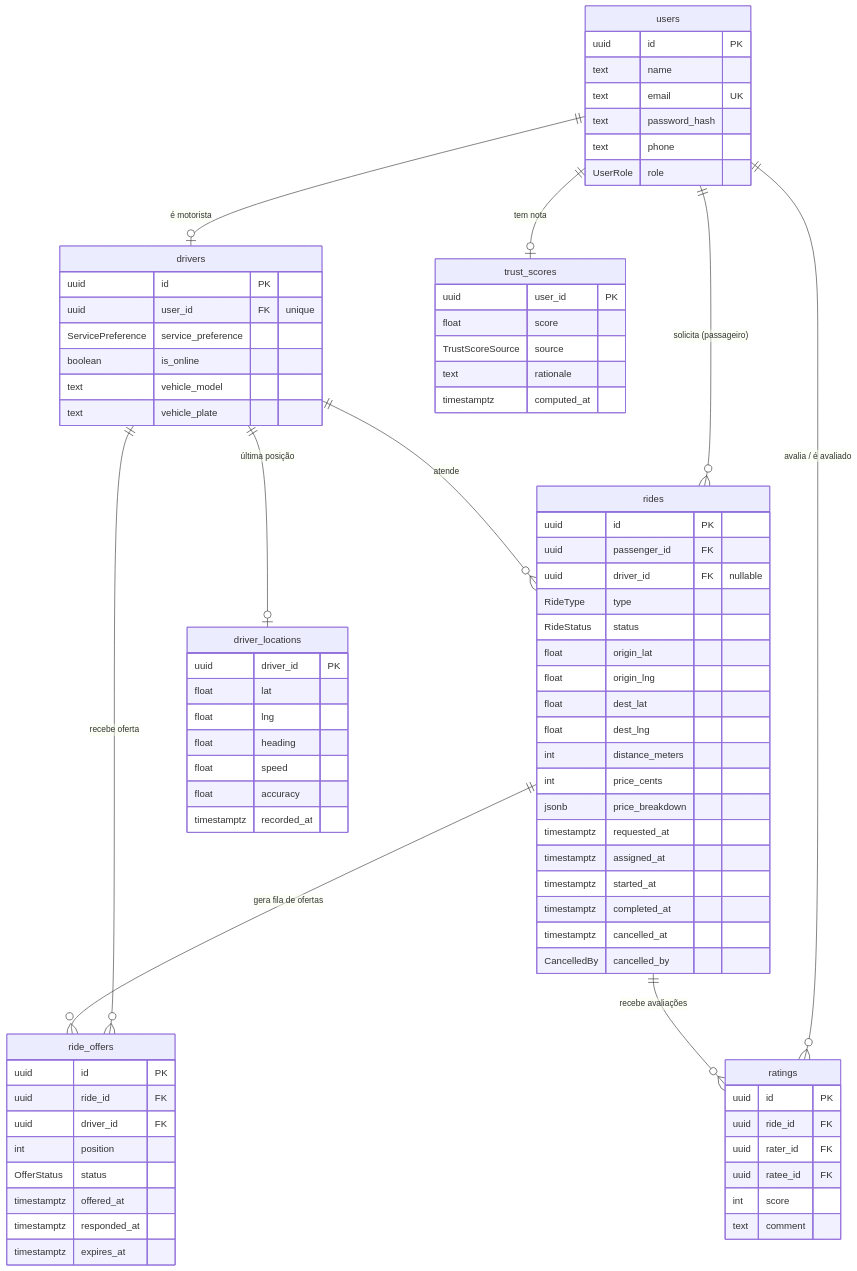
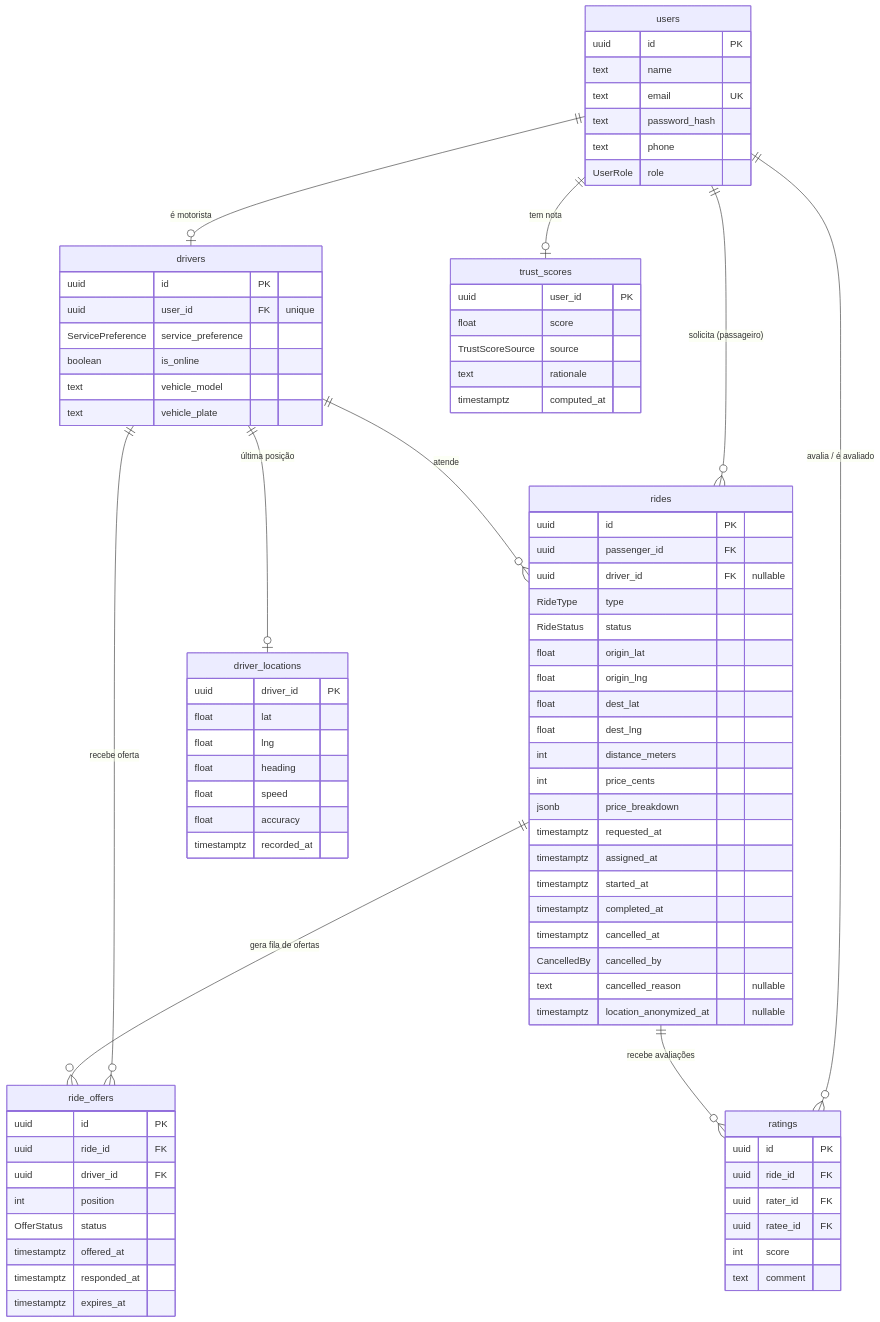
The diagram in docs/er.md (victorkauan/unifor-urbanogo-backend), drawn with Mermaid before and after one commit. The commit also changed other lines of this file and 146 other files, not shown here.

```diff
--- a/docs/er.md
+++ b/docs/er.md
@@ -53,6 +53,8 @@
         timestamptz completed_at
         timestamptz cancelled_at
         CancelledBy cancelled_by
+        text cancelled_reason "nullable"
+        timestamptz location_anonymized_at "nullable"
     }
     ride_offers {
         uuid id PK
```
